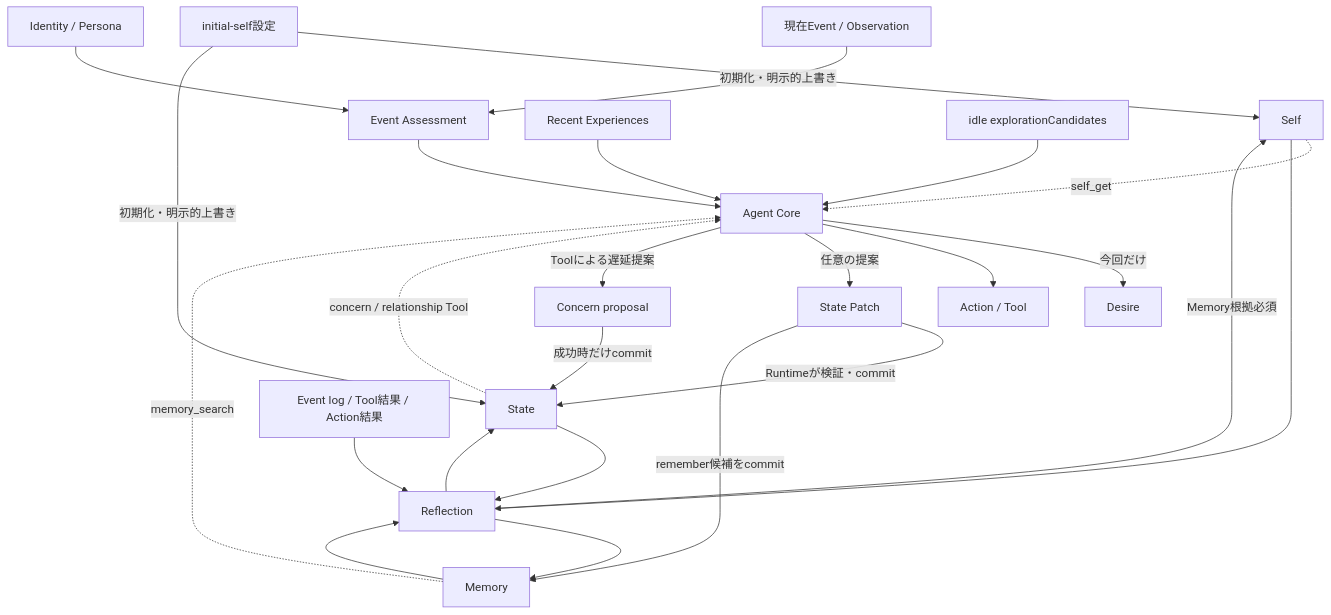
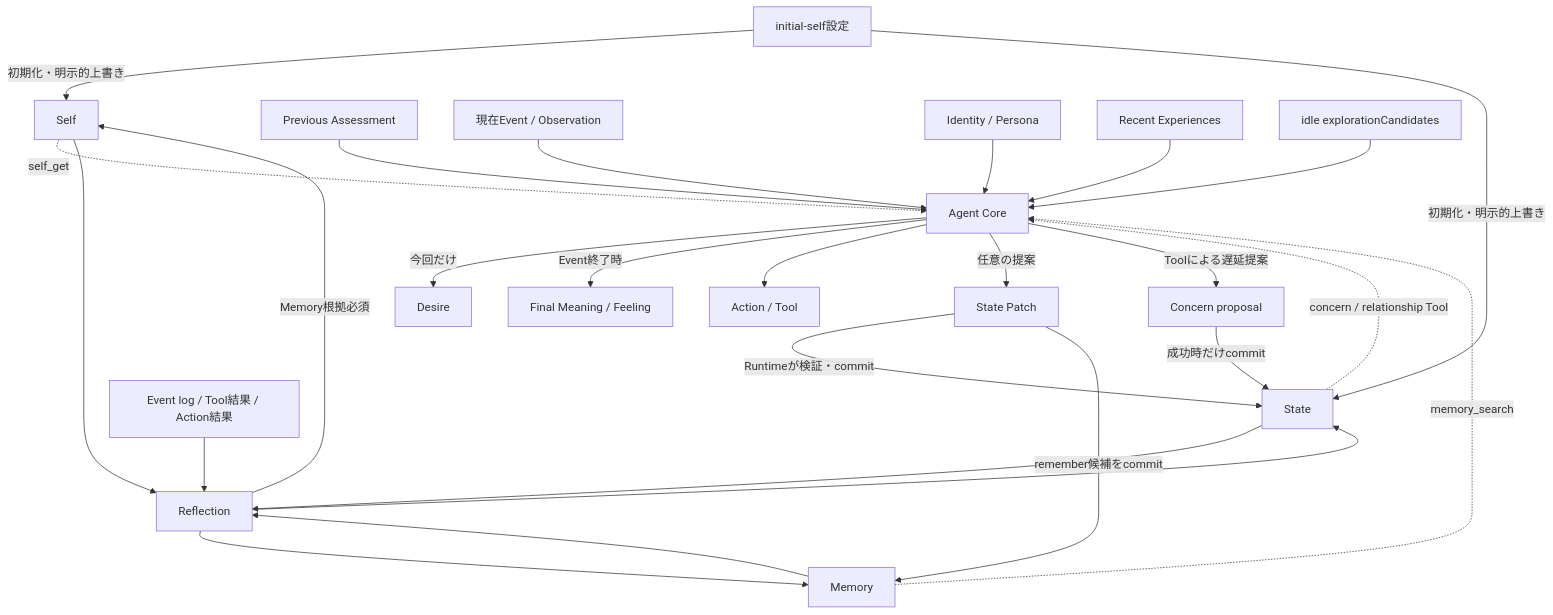
One commit to if001/social_agent changed the second of 6 diagrams in docs/D3/AGENT_MOTIVATION_MODEL.md. Above: the diagram before and after it, drawn with Mermaid. The commit also changed other lines of this file and 14 other files, not shown here.

Commit message:
refactor: finalize assessment in agent core

````diff
--- a/docs/D3/AGENT_MOTIVATION_MODEL.md
+++ b/docs/D3/AGENT_MOTIVATION_MODEL.md
@@ -51,31 +52,31 @@
 ```mermaid
 flowchart TD
     CFG[initial-self設定] -->|初期化・明示的上書き| SELF[Self]
     CFG -->|初期化・明示的上書き| STATE[State]
 
-    EVT[現在Event / Observation] --> ASSESS[Event Assessment]
-    ID[Identity / Persona] --> ASSESS
-
-    ASSESS --> CORE[Agent Core]
+    PREV[Previous Assessment] --> CORE[Agent Core]
+    EVT[現在Event / Observation] --> CORE
+    ID[Identity / Persona] --> CORE
     SELF -. self_get .-> CORE
     STATE -. concern / relationship Tool .-> CORE
     MEM[Memory] -. memory_search .-> CORE
     RECENT[Recent Experiences] --> CORE
     CATALOG[idle explorationCandidates] --> CORE
 
     CORE -->|今回だけ| DESIRE[Desire]
+    CORE -->|Event終了時| ASSESS[Final Meaning / Feeling]
     CORE --> ACTION[Action / Tool]
     CORE -->|任意の提案| PATCH[State Patch]
     CORE -->|Toolによる遅延提案| CQ[Concern proposal]
     PATCH -->|Runtimeが検証・commit| STATE
     CQ -->|成功時だけcommit| STATE
     PATCH -->|remember候補をcommit| MEM
 
     EVTLOG[Event log / Tool結果 / Action結果] --> REFLECT[Reflection]
     STATE --> REFLECT
     SELF --> REFLECT
     MEM --> REFLECT
     REFLECT -->|Memory根拠必須| SELF
     REFLECT --> STATE
     REFLECT --> MEM
 ```
````
